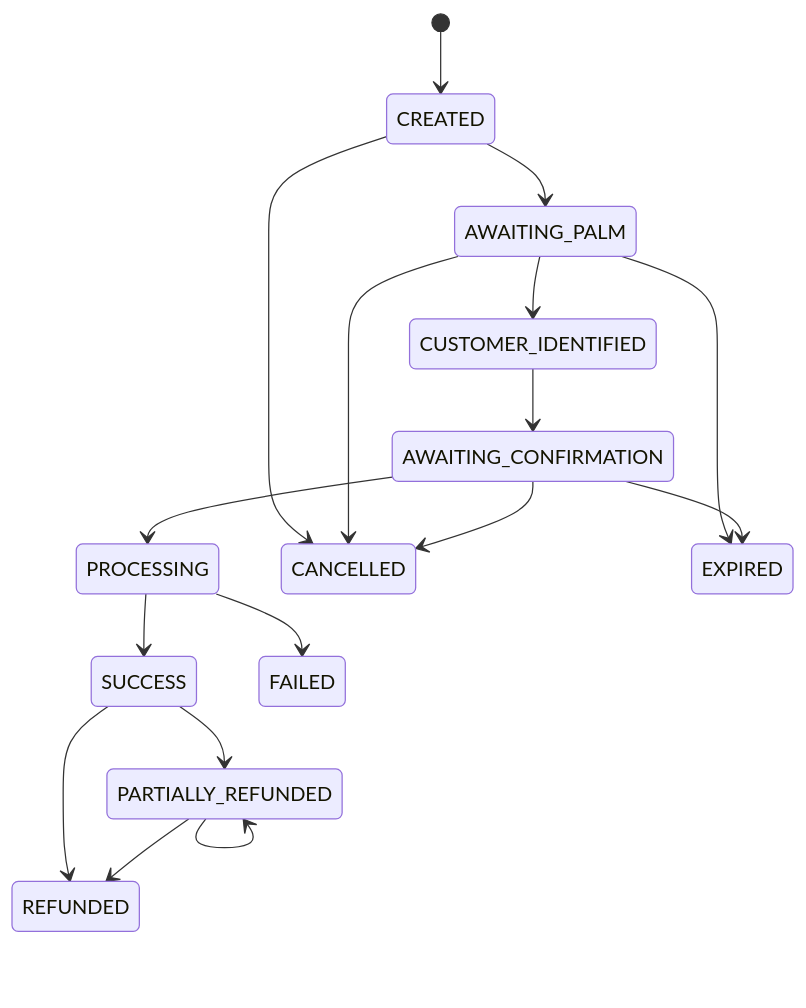
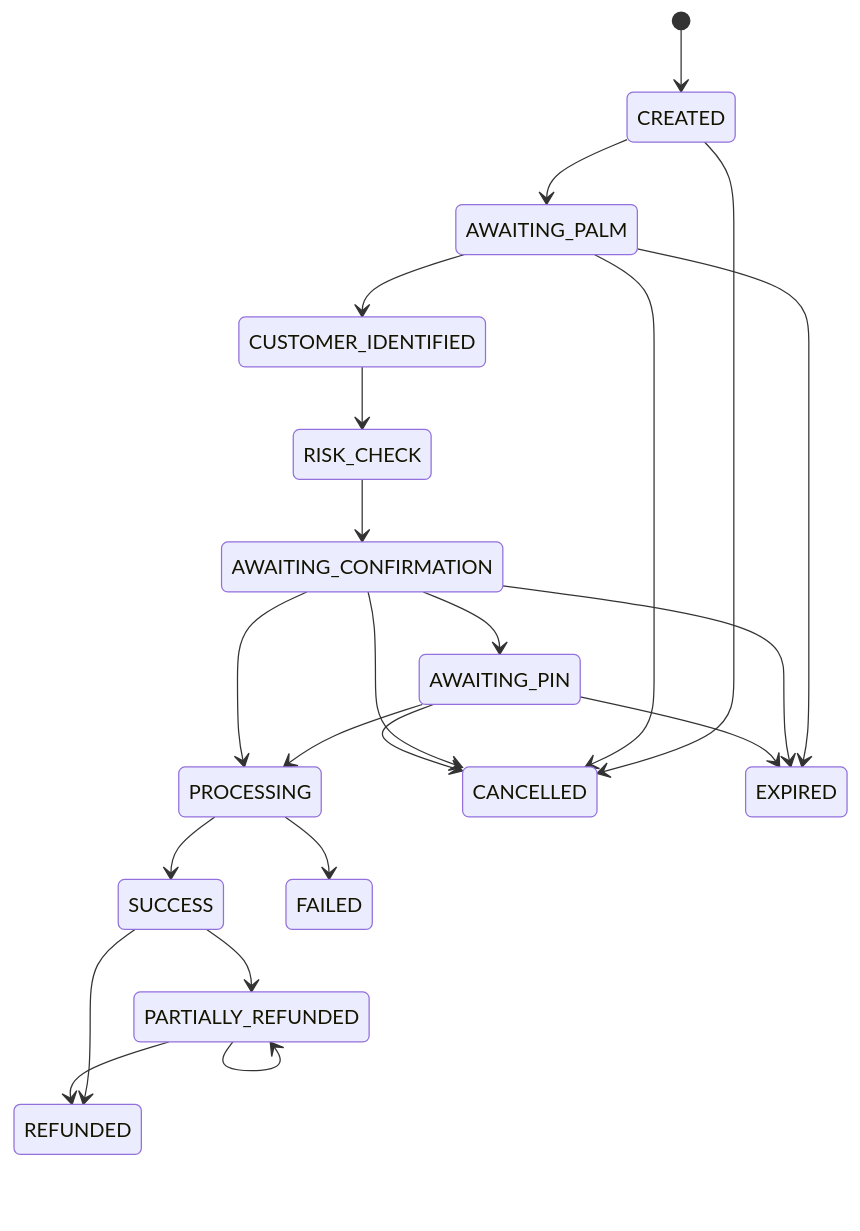
One commit to sushant-jpg/nepalhandpaymentsystem changed the diagram in docs/payment-flow.md. Above: the diagram before and after it, drawn with Mermaid. The commit also changed other lines of this file and 52 other files, not shown here.

````diff
--- a/docs/payment-flow.md
+++ b/docs/payment-flow.md
@@ -3,19 +3,24 @@
 ```mermaid
 stateDiagram-v2
   [*] --> CREATED
   CREATED --> AWAITING_PALM
   AWAITING_PALM --> CUSTOMER_IDENTIFIED
-  CUSTOMER_IDENTIFIED --> AWAITING_CONFIRMATION
+  CUSTOMER_IDENTIFIED --> RISK_CHECK
+  RISK_CHECK --> AWAITING_CONFIRMATION
+  AWAITING_CONFIRMATION --> AWAITING_PIN
+  AWAITING_PIN --> PROCESSING
   AWAITING_CONFIRMATION --> PROCESSING
   PROCESSING --> SUCCESS
   PROCESSING --> FAILED
   CREATED --> CANCELLED
   AWAITING_PALM --> CANCELLED
   AWAITING_CONFIRMATION --> CANCELLED
+  AWAITING_PIN --> CANCELLED
   AWAITING_PALM --> EXPIRED
   AWAITING_CONFIRMATION --> EXPIRED
+  AWAITING_PIN --> EXPIRED
   SUCCESS --> PARTIALLY_REFUNDED
   SUCCESS --> REFUNDED
   PARTIALLY_REFUNDED --> PARTIALLY_REFUNDED
   PARTIALLY_REFUNDED --> REFUNDED
 ```
````
